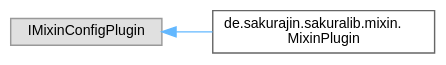
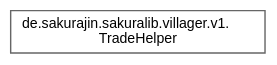
The diagram in inherit_graph_20.dot (noah1510/sakura-lib), drawn with Graphviz before and after one commit. The commit also changed 146 other files, not shown here.

```diff
--- a/inherit_graph_20.dot
+++ b/inherit_graph_20.dot
@@ -1,11 +1,9 @@
 digraph "Graphical Class Hierarchy"
 {
  // LATEX_PDF_SIZE
   bgcolor="transparent";
   edge [fontname=Helvetica,fontsize=10,labelfontname=Helvetica,labelfontsize=10];
   node [fontname=Helvetica,fontsize=10,shape=box,height=0.2,width=0.4];
   rankdir="LR";
-  Node0 [label="IMixinConfigPlugin",height=0.2,width=0.4,color="grey60", fillcolor="#E0E0E0", style="filled",tooltip=" "];
-  Node0 -> Node1 [dir="back",color="steelblue1",style="solid"];
-  Node1 [label="de.sakurajin.sakuralib.mixin.\lMixinPlugin",height=0.2,width=0.4,color="grey40", fillcolor="white", style="filled",URL="$classde_1_1sakurajin_1_1sakuralib_1_1mixin_1_1MixinPlugin.html",tooltip=" "];
+  Node0 [label="de.sakurajin.sakuralib.villager.v1.\lTradeHelper",height=0.2,width=0.4,color="grey40", fillcolor="white", style="filled",URL="$classde_1_1sakurajin_1_1sakuralib_1_1villager_1_1v1_1_1TradeHelper.html",tooltip="A helper class to create trades for villagers."];
 }
```
